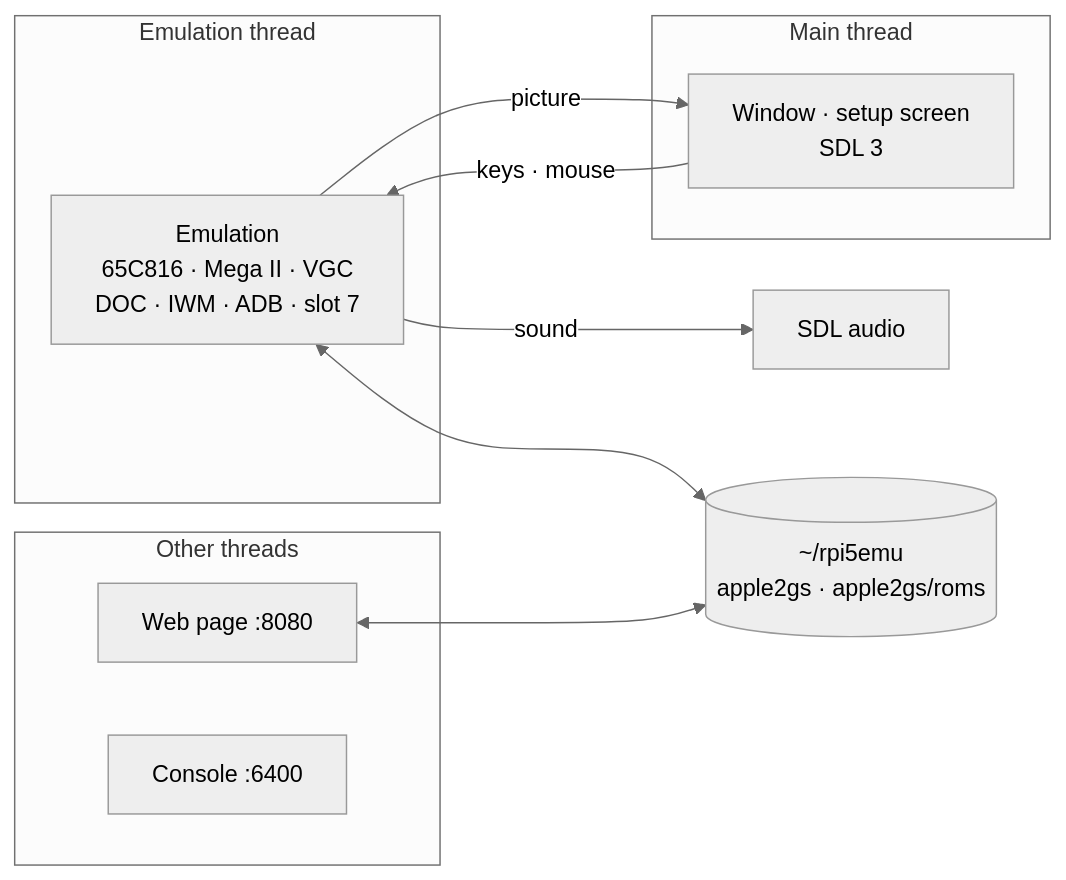
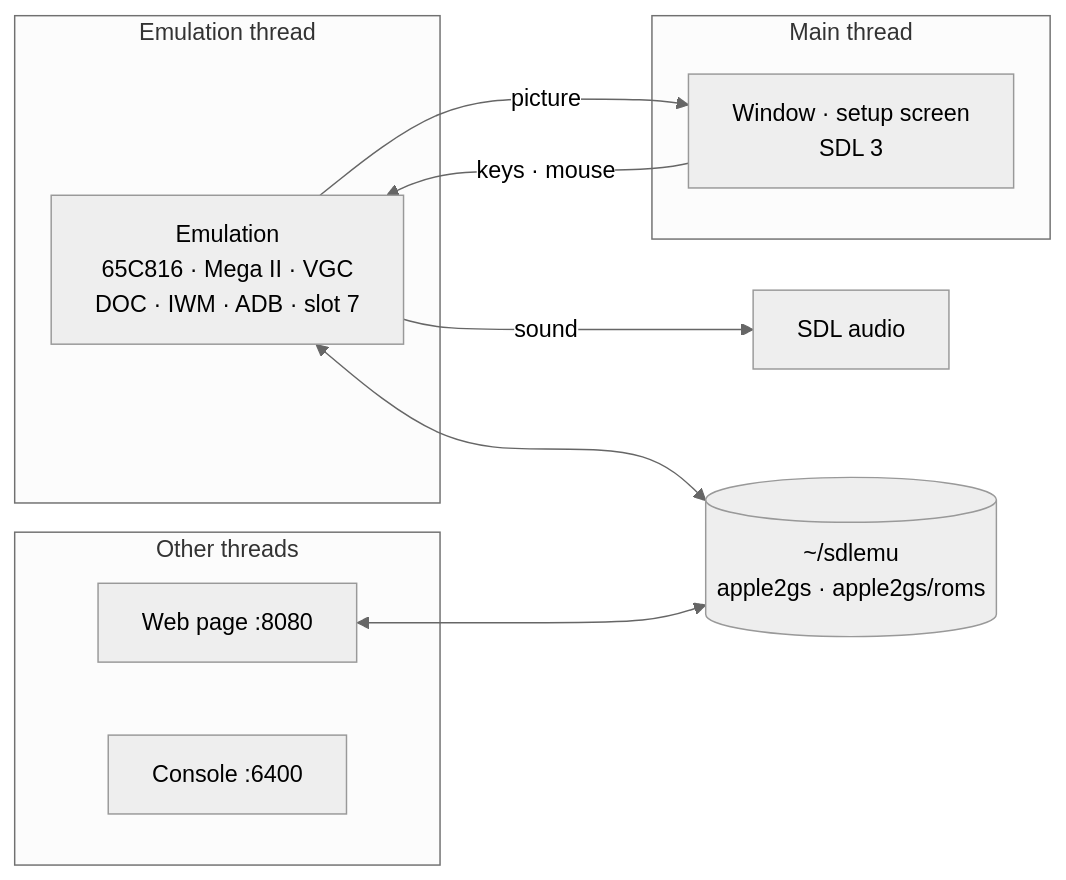
The diagram in README.md (rlucencic/rpi5gs), drawn with Mermaid (neutral theme) before and after one commit. The commit also changed other lines of this file and 3 other files, not shown here.

````diff
--- a/README.md
+++ b/README.md
@@ -154,19 +151,19 @@
 ```mermaid
 flowchart LR
   subgraph emu [Emulation thread]
     EMU["Emulation<br>65C816 · Mega II · VGC<br>DOC · IWM · ADB · slot 7"]
   end
   subgraph main [Main thread]
     WIN["Window · setup screen<br>SDL 3"]
   end
   subgraph others [Other threads]
     WEB[Web page :8080]
     CON[Console :6400]
   end
   EMU -- picture --> WIN
   EMU -- sound --> SND[SDL audio]
   WIN -- keys · mouse --> EMU
-  DATA[("~/rpi5emu<br>apple2gs · apple2gs/roms")]
+  DATA[("~/sdlemu<br>apple2gs · apple2gs/roms")]
   EMU <--> DATA
   WEB <--> DATA
 ```
````
